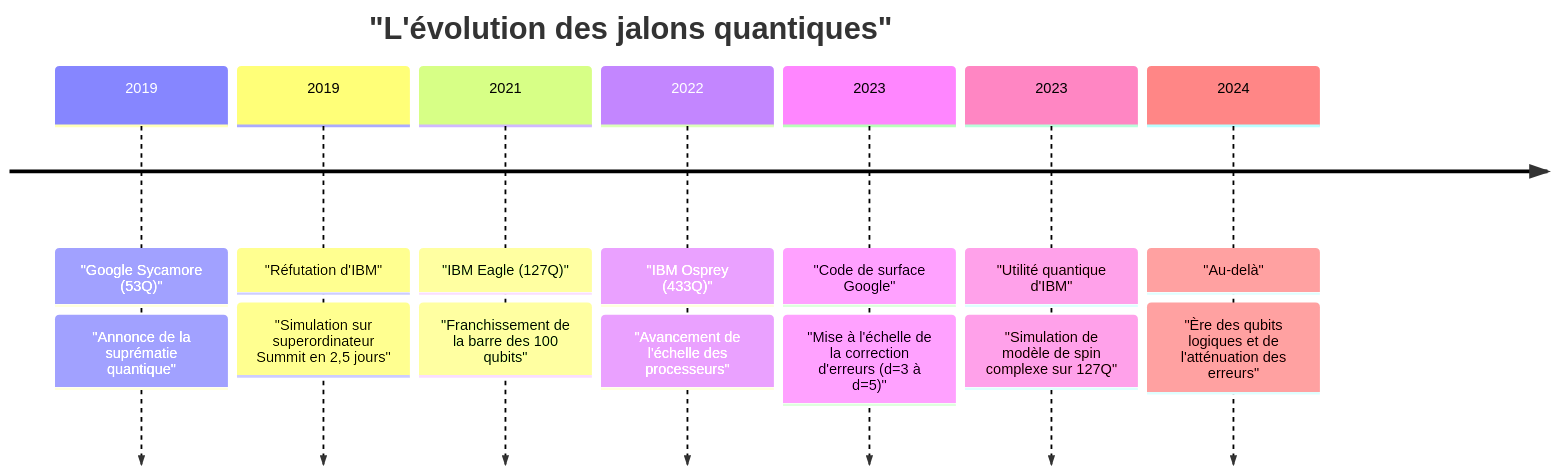
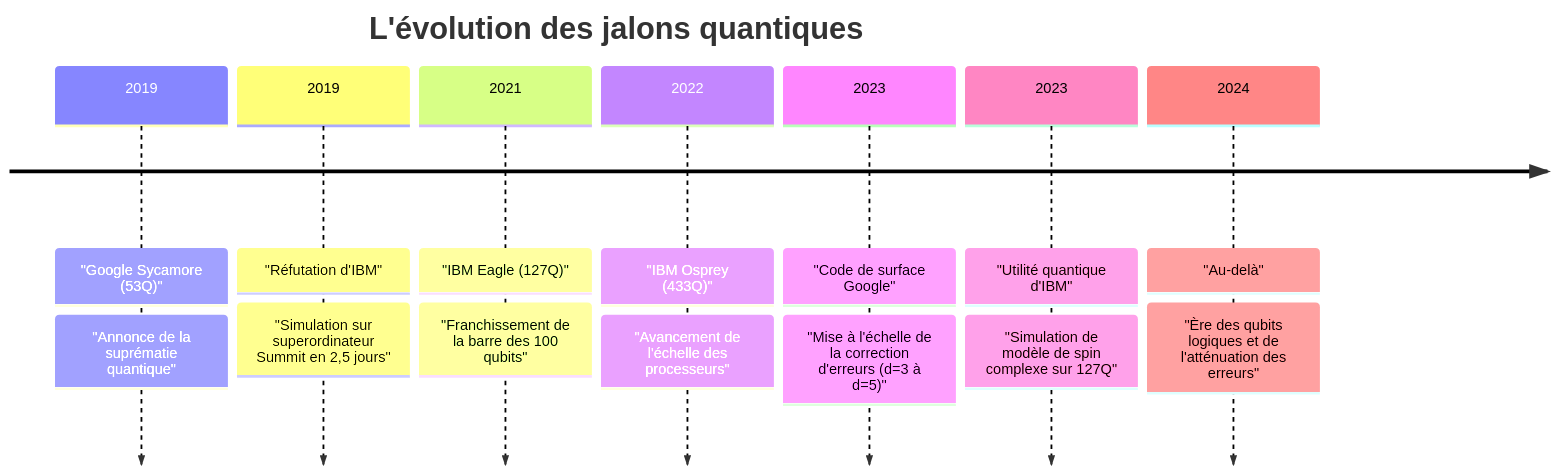
One commit to kenjinote/blog changed the second of 3 diagrams in content/post/量子超越性とは何か/index.fr.md. Above: the diagram before and after it, drawn with Mermaid. The commit also changed other lines of this file and 703 other files, not shown here.

Commit message:
Fix: Remove quotes from Mermaid link texts and timeline definitions to support Mermaid 11.4.1

````diff
--- a/content/post/量子超越性とは何か/index.fr.md
+++ b/content/post/量子超越性とは何か/index.fr.md
@@ -106,11 +106,11 @@
 ```mermaid
 timeline
-    title "L'évolution des jalons quantiques"
+    title L'évolution des jalons quantiques
     2019 : "Google Sycamore (53Q)" : "Annonce de la suprématie quantique"
     2019 : "Réfutation d'IBM" : "Simulation sur superordinateur Summit en 2,5 jours"
     2021 : "IBM Eagle (127Q)" : "Franchissement de la barre des 100 qubits"
     2022 : "IBM Osprey (433Q)" : "Avancement de l'échelle des processeurs"
     2023 : "Code de surface Google" : "Mise à l'échelle de la correction d'erreurs (d=3 à d=5)"
     2023 : "Utilité quantique d'IBM" : "Simulation de modèle de spin complexe sur 127Q"
     2024 : "Au-delà" : "Ère des qubits logiques et de l'atténuation des erreurs"
 ```
````
